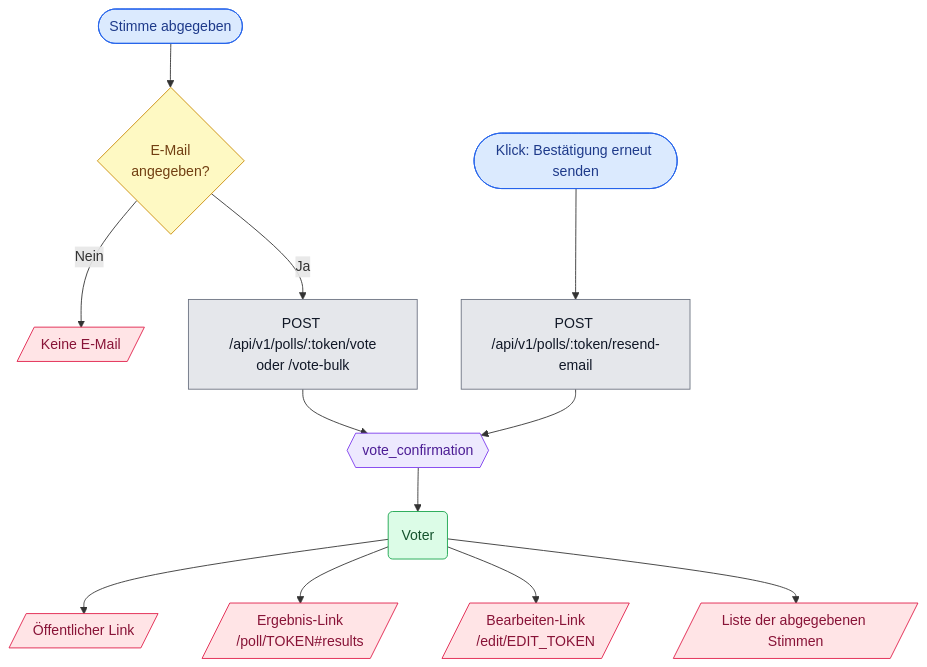
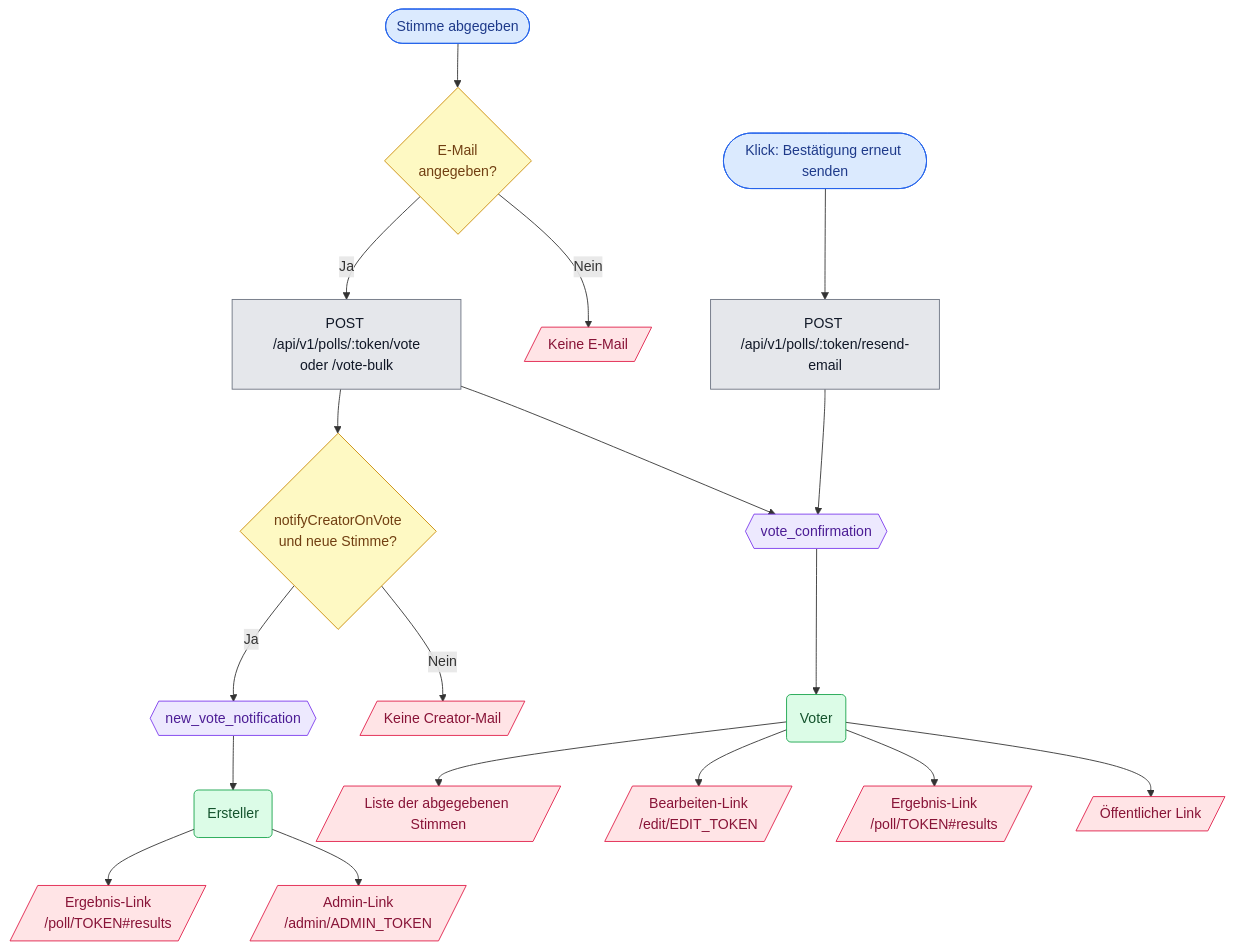
Before and after one commit to manfredsteger/polly: the ninth of 16 diagrams in docs/email-flows.md, drawn with Mermaid. The commit also changed other lines of this file and 31 other files, not shown here.

First line of the commit message:
Add creator notification email on new vote (Task #79)

````diff
--- a/docs/email-flows.md
+++ b/docs/email-flows.md
@@ -333,22 +333,28 @@
 ```mermaid
 %% render-as: 02g-stimme-abgegeben
 flowchart TD
   vote([Stimme abgegeben]):::trigger --> condEmail{E-Mail<br>angegeben?}:::cond
   condEmail -->|Nein| skip[/"Keine E-Mail"/]:::link
   condEmail -->|Ja| voteRoute[POST /api/v1/polls/:token/vote<br>oder /vote-bulk]:::route
   resendVote([Klick: Bestätigung erneut senden]):::trigger --> resendRoute[POST /api/v1/polls/:token/resend-email]:::route
   voteRoute --> mConfirm{{vote_confirmation}}:::mail
   resendRoute --> mConfirm
   mConfirm --> rVoter(Voter):::recv
   rVoter --> lPublic[/"Öffentlicher Link"/]:::link
   rVoter --> lResults[/"Ergebnis-Link<br>/poll/TOKEN#results"/]:::link
   rVoter --> lEdit[/"Bearbeiten-Link<br>/edit/EDIT_TOKEN"/]:::link
   rVoter --> lSel[/"Liste der abgegebenen Stimmen"/]:::link
+  voteRoute --> condCreator{notifyCreatorOnVote<br>und neue Stimme?}:::cond
+  condCreator -->|Nein| skipCreator[/"Keine Creator-Mail"/]:::link
+  condCreator -->|Ja| mNewVote{{new_vote_notification}}:::mail
+  mNewVote --> rCreator(Ersteller):::recv
+  rCreator --> lAdmin[/"Admin-Link<br>/admin/ADMIN_TOKEN"/]:::link
+  rCreator --> lResults2[/"Ergebnis-Link<br>/poll/TOKEN#results"/]:::link
 
   classDef trigger fill:#dbeafe,stroke:#2563eb,color:#1e3a8a;
   classDef cond fill:#fef9c3,stroke:#ca8a04,color:#713f12;
   classDef route fill:#e5e7eb,stroke:#6b7280,color:#111827;
   classDef mail fill:#ede9fe,stroke:#7c3aed,color:#4c1d95;
   classDef recv fill:#dcfce7,stroke:#16a34a,color:#14532d;
   classDef link fill:#ffe4e6,stroke:#e11d48,color:#881337;
 ```
````
